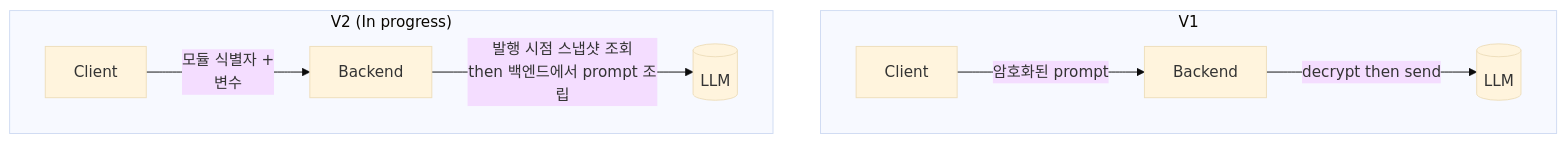
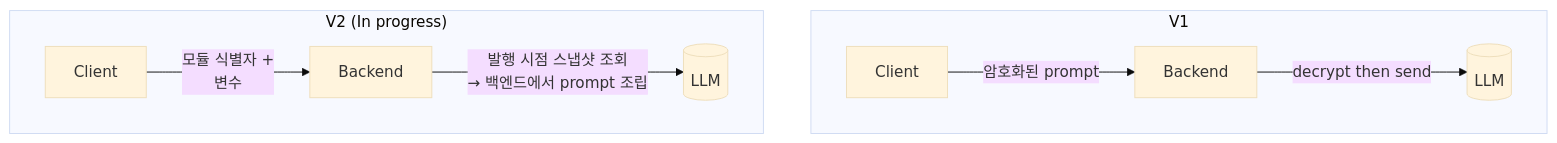
The second of 6 diagrams in _portfolio/portfolio.md (texasroh/texasroh.github.io), drawn with Mermaid (base theme) before and after one commit. The commit also changed other lines of this file, not shown here.

````diff
--- a/_portfolio/portfolio.md
+++ b/_portfolio/portfolio.md
@@ -88,13 +88,13 @@
 ```mermaid
 flowchart TB
     subgraph V1 ["V1"]
         direction LR
         C1[Client] -->|암호화된 prompt| BE1[Backend]
         BE1 -->|decrypt then send| LLM1[(LLM)]
     end
     subgraph V2 ["V2 (In progress)"]
         direction LR
         C2[Client] -->|모듈 식별자 +<br/>변수| BE2[Backend]
-        BE2 -->|발행 시점 스냅샷 조회<br/>then 백엔드에서 prompt 조립| LLM2[(LLM)]
+        BE2 -->|발행 시점 스냅샷 조회<br/>→ 백엔드에서 prompt 조립| LLM2[(LLM)]
     end
 ```
````
